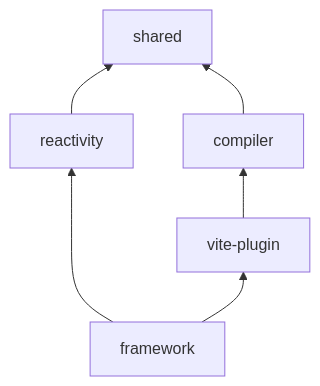
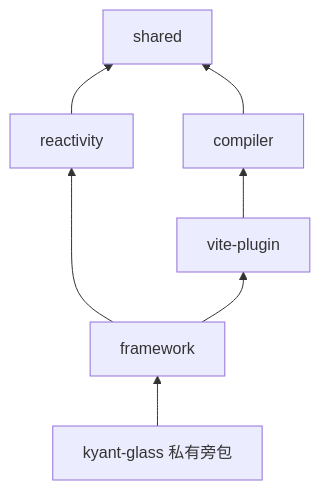
The third of 3 diagrams in docs/ARCHITECTURE.md (EarzuChan/Canton), drawn with Mermaid before and after one commit. The commit also changed other lines of this file and 135 other files, not shown here.

````diff
--- a/docs/ARCHITECTURE.md
+++ b/docs/ARCHITECTURE.md
@@ -56,8 +57,9 @@
 ```mermaid
 flowchart BT
     reactivity --> shared
     compiler --> shared
     vitePlugin[vite-plugin] --> compiler
     framework --> reactivity
     framework --> vitePlugin
+    kyantGlass[kyant-glass 私有旁包] --> framework
 ```
````
